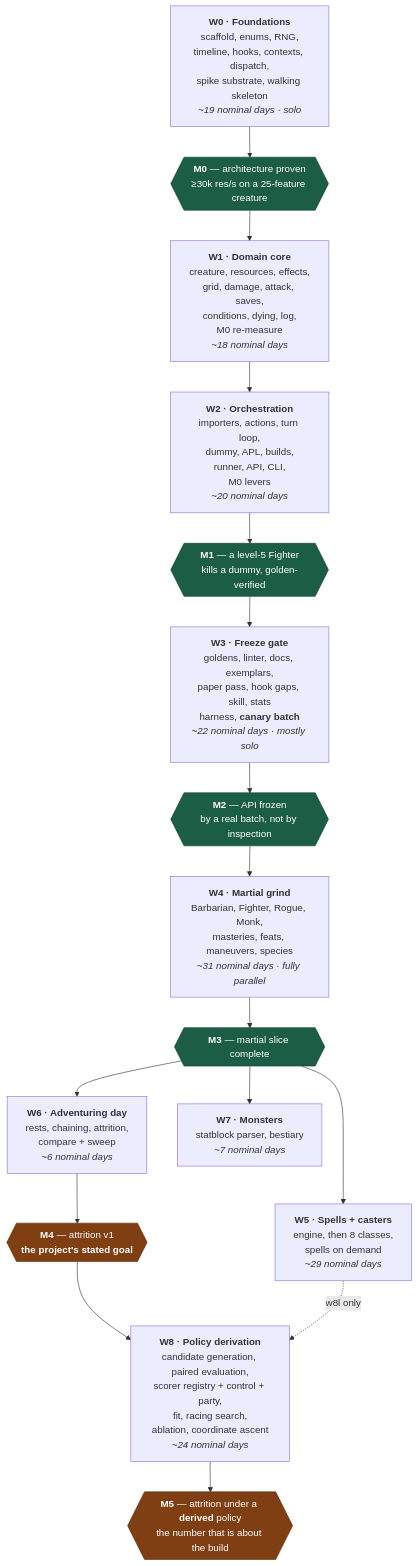
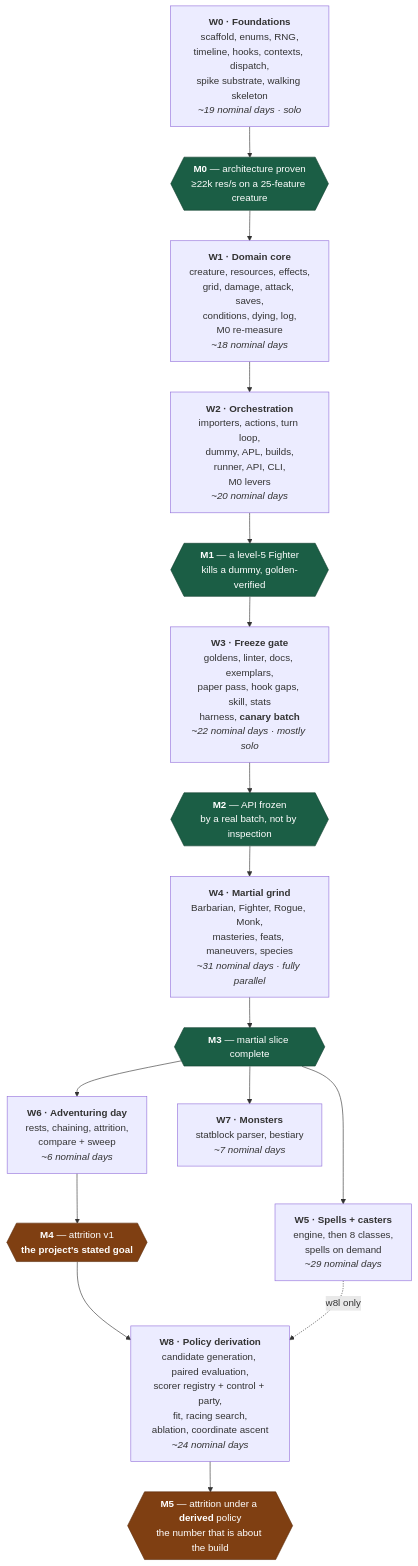
Before and after one commit to Luguza/DnD-Simulator: the diagram in ROADMAP.md, drawn with Mermaid. The commit also changed other lines of this file and 10 other files, not shown here.

````diff
--- a/ROADMAP.md
+++ b/ROADMAP.md
@@ -137,30 +137,30 @@
 ```mermaid
 flowchart TD
     W0["<b>W0 · Foundations</b><br/>scaffold, enums, RNG,<br/>timeline, hooks, contexts, dispatch,<br/>spike substrate, walking skeleton<br/><i>~19 nominal days · solo</i>"]
-    M0{{"<b>M0</b> — architecture proven<br/>≥30k res/s on a 25-feature creature"}}
+    M0{{"<b>M0</b> — architecture proven<br/>≥22k res/s on a 25-feature creature"}}
     W1["<b>W1 · Domain core</b><br/>creature, resources, effects,<br/>grid, damage, attack, saves,<br/>conditions, dying, log,<br/>M0 re-measure<br/><i>~18 nominal days</i>"]
     W2["<b>W2 · Orchestration</b><br/>importers, actions, turn loop,<br/>dummy, APL, builds,<br/>runner, API, CLI,<br/>M0 levers<br/><i>~20 nominal days</i>"]
     M1{{"<b>M1</b> — a level-5 Fighter<br/>kills a dummy, golden-verified"}}
     W3["<b>W3 · Freeze gate</b><br/>goldens, linter, docs, exemplars,<br/>paper pass, hook gaps, skill, stats<br/>harness, <b>canary batch</b><br/><i>~22 nominal days · mostly solo</i>"]
     M2{{"<b>M2</b> — API frozen<br/>by a real batch, not by inspection"}}
     W4["<b>W4 · Martial grind</b><br/>Barbarian, Fighter, Rogue, Monk,<br/>masteries, feats, maneuvers, species<br/><i>~31 nominal days · fully parallel</i>"]
     M3{{"<b>M3</b> — martial slice complete"}}
     W5["<b>W5 · Spells + casters</b><br/>engine, then 8 classes,<br/>spells on demand<br/><i>~29 nominal days</i>"]
     W6["<b>W6 · Adventuring day</b><br/>rests, chaining, attrition,<br/>compare + sweep<br/><i>~6 nominal days</i>"]
     M4{{"<b>M4</b> — attrition v1<br/><b>the project's stated goal</b>"}}
     W7["<b>W7 · Monsters</b><br/>statblock parser, bestiary<br/><i>~7 nominal days</i>"]
     W8["<b>W8 · Policy derivation</b><br/>candidate generation, paired evaluation,<br/>scorer registry + control + party,<br/>fit, racing search,<br/>ablation, coordinate ascent<br/><i>~24 nominal days</i>"]
     M5{{"<b>M5</b> — attrition under a <b>derived</b> policy<br/>the number that is about the build"}}
 
     W0 --> M0 --> W1 --> W2 --> M1 --> W3 --> M2 --> W4 --> M3
     M3 --> W5
     M3 --> W6 --> M4
     M3 --> W7
     M4 --> W8 --> M5
     W5 -.->|"w8l only"| W8
 
     classDef gate fill:#1b5e45,stroke:#123f2f,color:#ffffff;
     classDef goal fill:#7f3f12,stroke:#5c2d0d,color:#ffffff;
     class M0,M1,M2,M3 gate;
     class M4,M5 goal;
 ```
````
